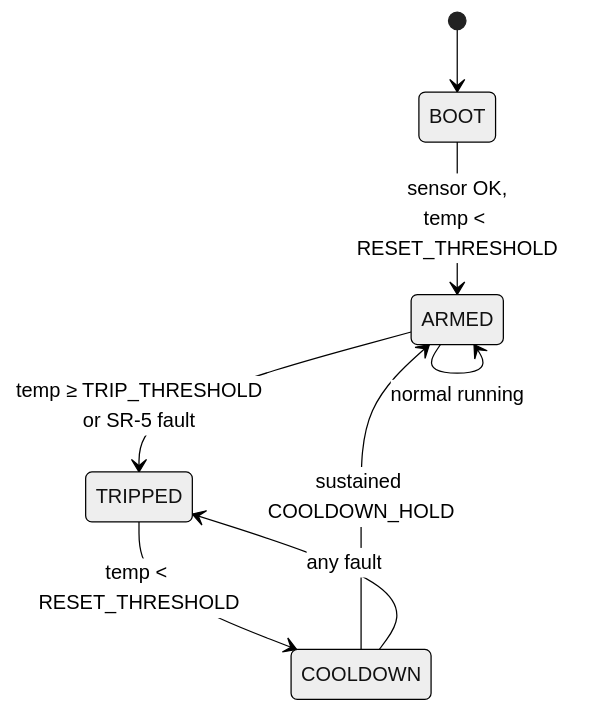
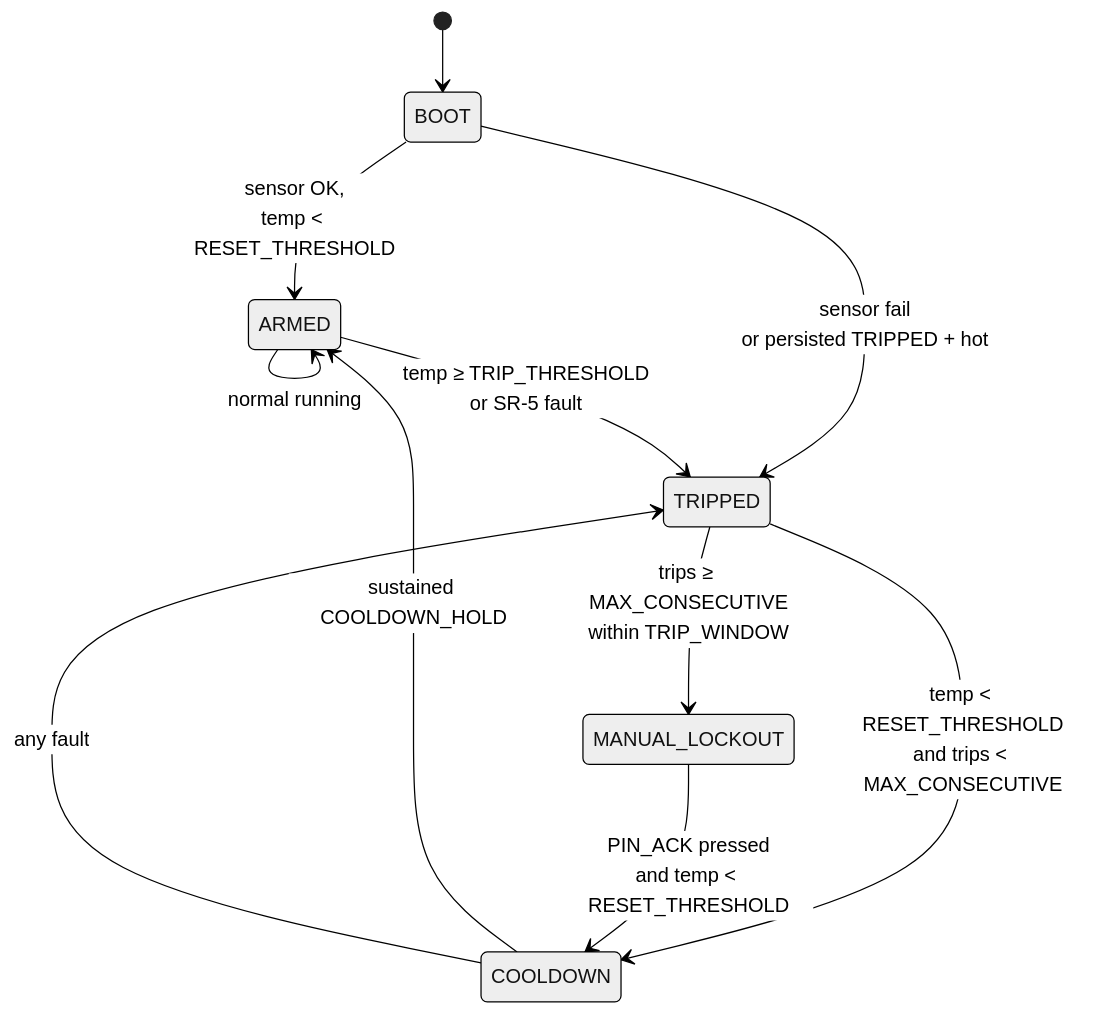
The third of 3 diagrams in ARCHITECTURE.md (6ilo/tablesaw-thermal-protection), drawn with Mermaid (neutral theme) before and after one commit. The commit also changed other lines of this file and 1 other file, not shown here.

````diff
--- a/ARCHITECTURE.md
+++ b/ARCHITECTURE.md
@@ -384,10 +387,13 @@
 ```mermaid
 stateDiagram-v2
     [*] --> BOOT
     BOOT --> ARMED: sensor OK,<br/>temp < RESET_THRESHOLD
+    BOOT --> TRIPPED: sensor fail<br/>or persisted TRIPPED + hot
     ARMED --> TRIPPED: temp ≥ TRIP_THRESHOLD<br/>or SR-5 fault
-    TRIPPED --> COOLDOWN: temp < RESET_THRESHOLD
+    TRIPPED --> COOLDOWN: temp < RESET_THRESHOLD<br/>and trips < MAX_CONSECUTIVE
+    TRIPPED --> MANUAL_LOCKOUT: trips ≥ MAX_CONSECUTIVE<br/>within TRIP_WINDOW
     COOLDOWN --> ARMED: sustained COOLDOWN_HOLD
     COOLDOWN --> TRIPPED: any fault
+    MANUAL_LOCKOUT --> COOLDOWN: PIN_ACK pressed<br/>and temp < RESET_THRESHOLD
     ARMED --> ARMED: normal running
 ```
````
